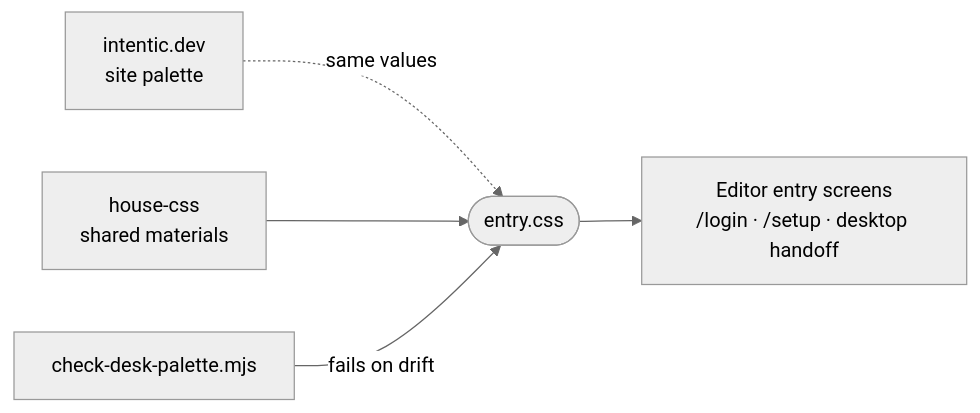
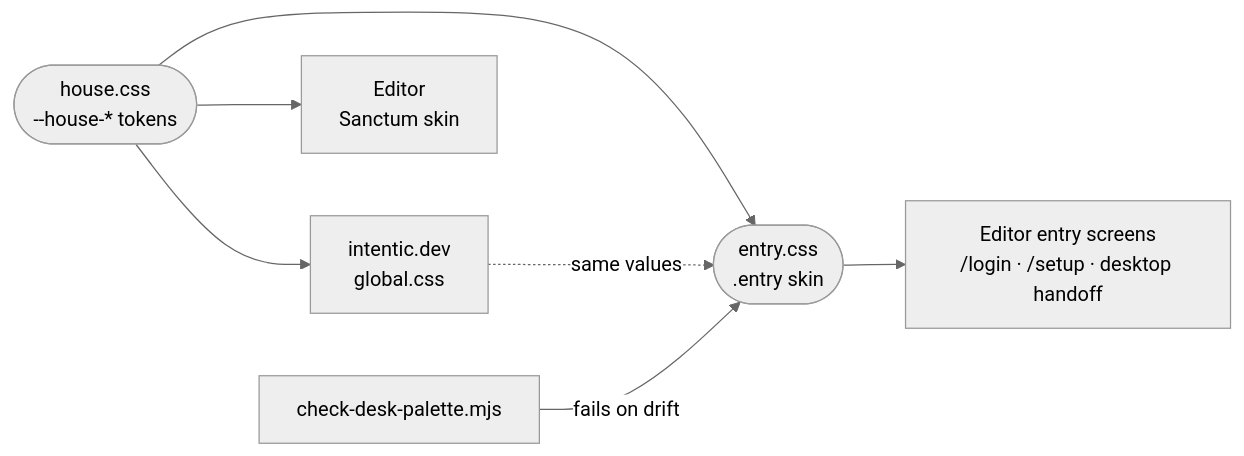
One commit to intentic/intentic changed the diagram in _shared/entry-css/README.md. Above: the diagram before and after it, drawn with Mermaid (neutral theme). The commit also changed other lines of this file and 2216 other files, not shown here.

Commit message:
chore(docs): refresh architecture index for extension changes

````diff
--- a/_shared/entry-css/README.md
+++ b/_shared/entry-css/README.md
@@ -5,7 +5,9 @@
 ```mermaid
 flowchart LR
-    site["intentic.dev<br/>site palette"] -. "same values" .-> entry(["entry.css"])
-    house["house-css<br/>shared materials"] --> entry
+    house(["house.css<br/>--house-* tokens"]) --> site["intentic.dev<br/>global.css"]
+    house --> sanctum["Editor<br/>Sanctum skin"]
+    house --> entry(["entry.css<br/>.entry skin"])
+    site -. "same values" .-> entry
     entry --> screens["Editor entry screens<br/>/login · /setup · desktop handoff"]
     check["check-desk-palette.mjs"] -- "fails on drift" --> entry
 ```
````
